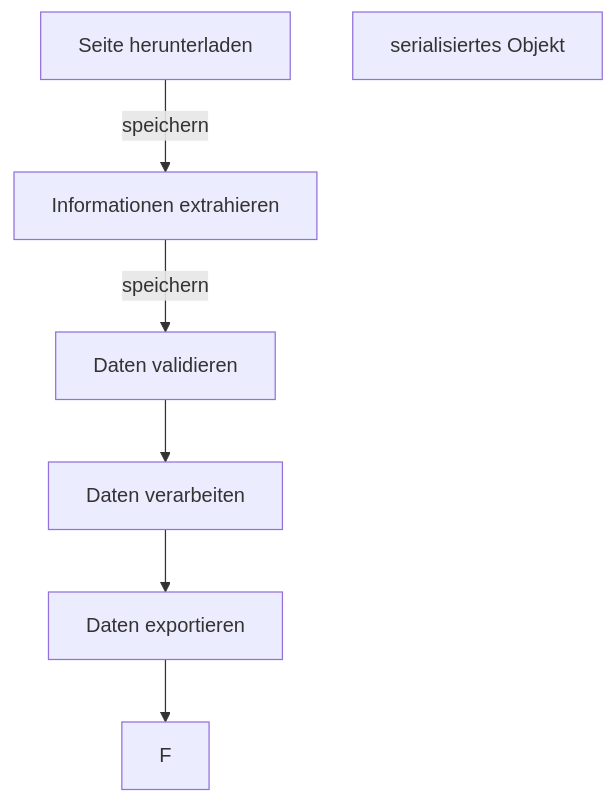
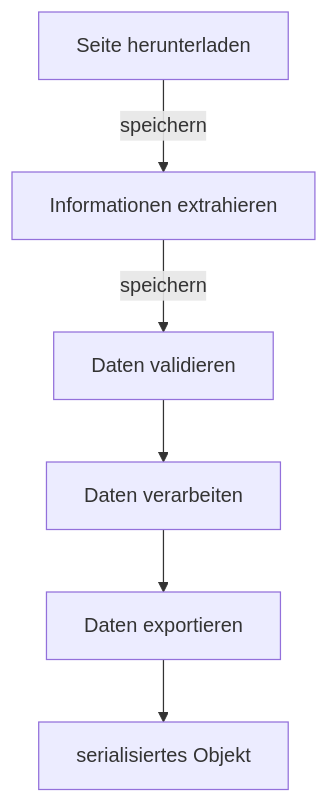
Before and after one commit to DerIngo/WISIAExtractor: the diagram in README.md, drawn with Mermaid.

```diff
--- a/README.md
+++ b/README.md
@@ -20,9 +20,9 @@
 ~~~mermaid
 flowchart TD
     A[Seite herunterladen] -->|speichern| B
     B[Informationen extrahieren] -->|speichern| C
     C[Daten validieren] --> D
     D[Daten verarbeiten] --> E
     E[Daten exportieren] --> F
-    G[serialisiertes Objekt]
+    F[serialisiertes Objekt]
 ~~~
```
